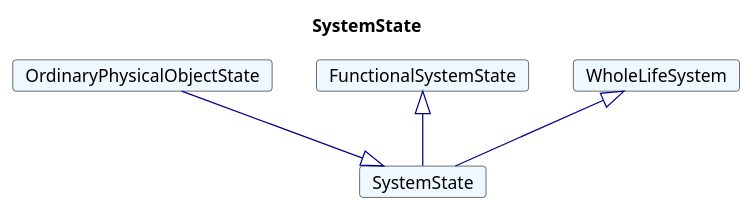
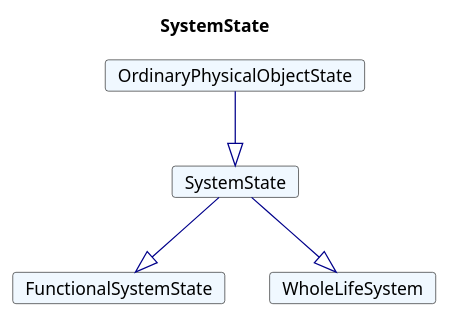
One commit to rtigran/rdf2adoc changed the diagram in fragments/puml/SystemState.plantuml. Above: the diagram before and after it, drawn with PlantUML. The commit also changed 111 other files, not shown here.

Commit message:
fix for diagram plantuml, diagram generartion switchded off

```diff
--- a/fragments/puml/SystemState.plantuml
+++ b/fragments/puml/SystemState.plantuml
@@ -1,19 +1,19 @@
 @startuml
 Title SystemState 
 
 Card SystemState #F0F8FF [
 SystemState
 ]
 Card OrdinaryPhysicalObjectState #F0F8FF [
 OrdinaryPhysicalObjectState
 ]
 OrdinaryPhysicalObjectState --|> SystemState  #00008B 
 Card FunctionalSystemState #F0F8FF [
 FunctionalSystemState
 ]
-FunctionalSystemState <|-- SystemState  #00008B 
+SystemState --|> FunctionalSystemState  #00008B 
 Card WholeLifeSystem #F0F8FF [
 WholeLifeSystem
 ]
-WholeLifeSystem <|-- SystemState  #00008B 
+SystemState --|> WholeLifeSystem  #00008B 
 @enduml
```
